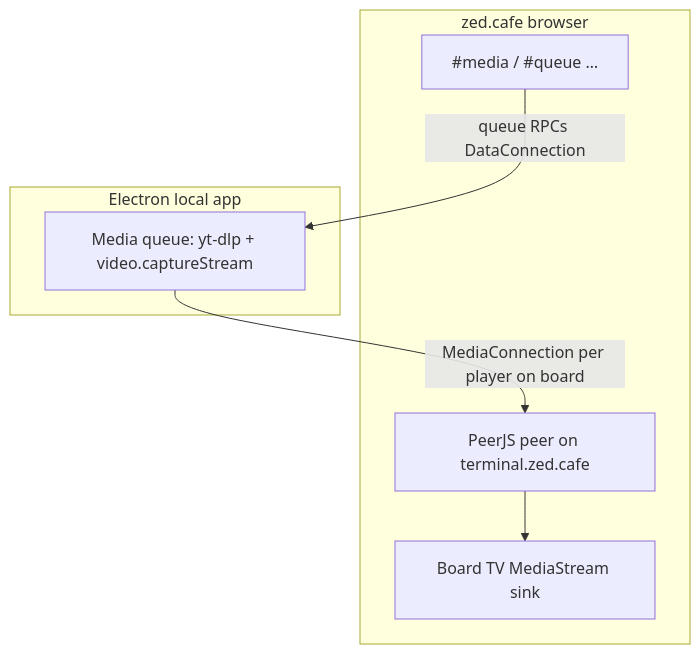
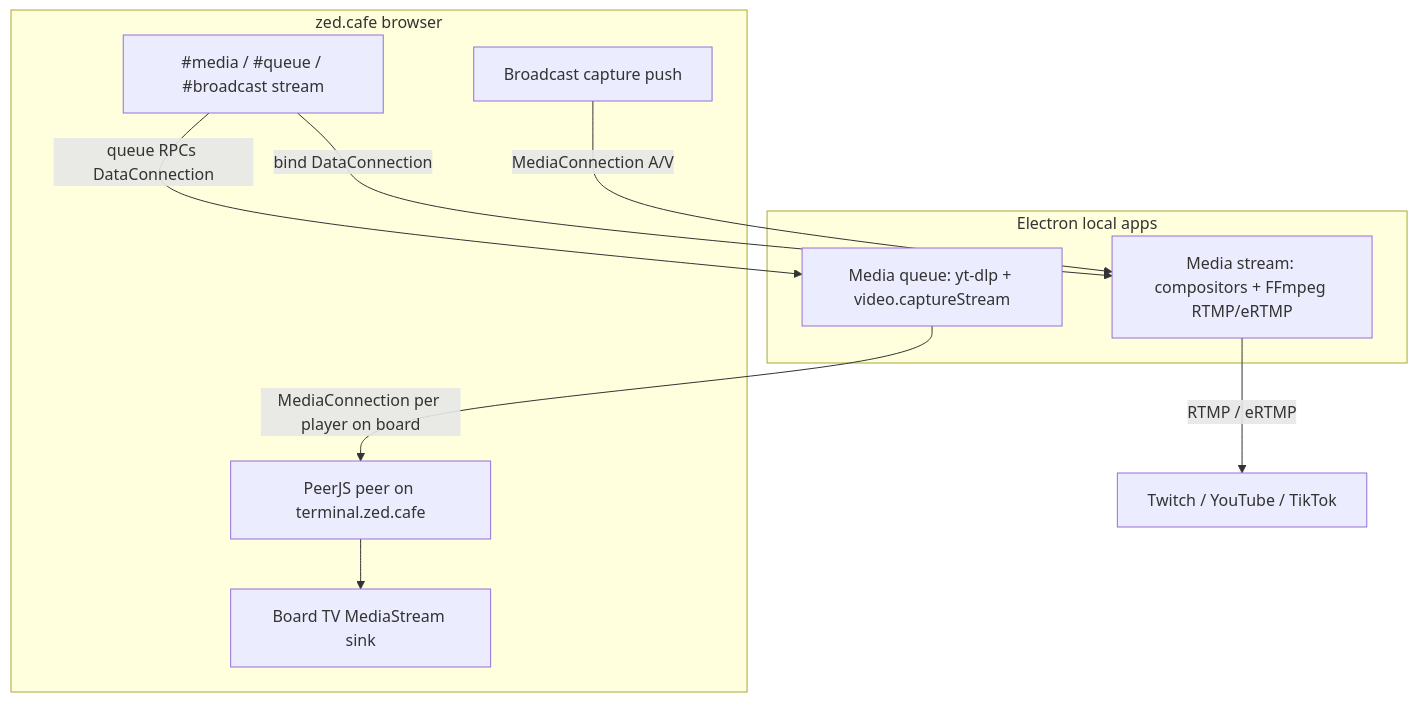
The diagram in ops/docs/local-media-helpers.mdx (goldbuick/zed-software-system), drawn with Mermaid before and after one commit. The commit also changed other lines of this file and 58 other files, not shown here.

Commit message:
media stream work

````diff
--- a/ops/docs/local-media-helpers.mdx
+++ b/ops/docs/local-media-helpers.mdx
@@ -17,16 +18,21 @@
 ```mermaid
 flowchart TB
   subgraph cafe [zed.cafe browser]
-    CLI["#media / #queue …"]
+    CLI["#media / #queue / #broadcast stream"]
     Peer["PeerJS peer on terminal.zed.cafe"]
     TV["Board TV MediaStream sink"]
+    Cap["Broadcast capture push"]
   end
 
-  subgraph helpers [Electron local app]
+  subgraph helpers [Electron local apps]
     MQ["Media queue: yt-dlp + video.captureStream"]
+    MS["Media stream: compositors + FFmpeg RTMP/eRTMP"]
   end
 
   CLI -->|queue RPCs DataConnection| MQ
   MQ -->|MediaConnection per player on board| Peer
   Peer --> TV
+  CLI -->|bind DataConnection| MS
+  Cap -->|MediaConnection A/V| MS
+  MS -->|RTMP / eRTMP| Platforms["Twitch / YouTube / TikTok"]
 ```
````
